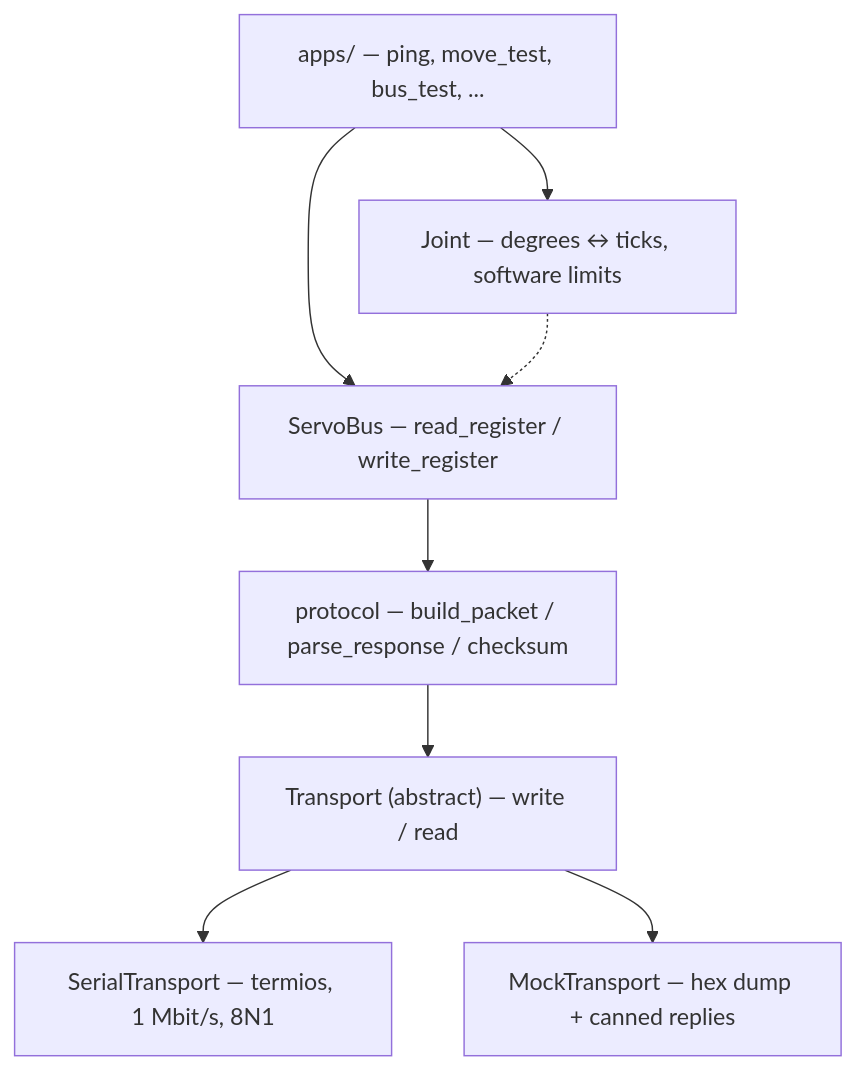
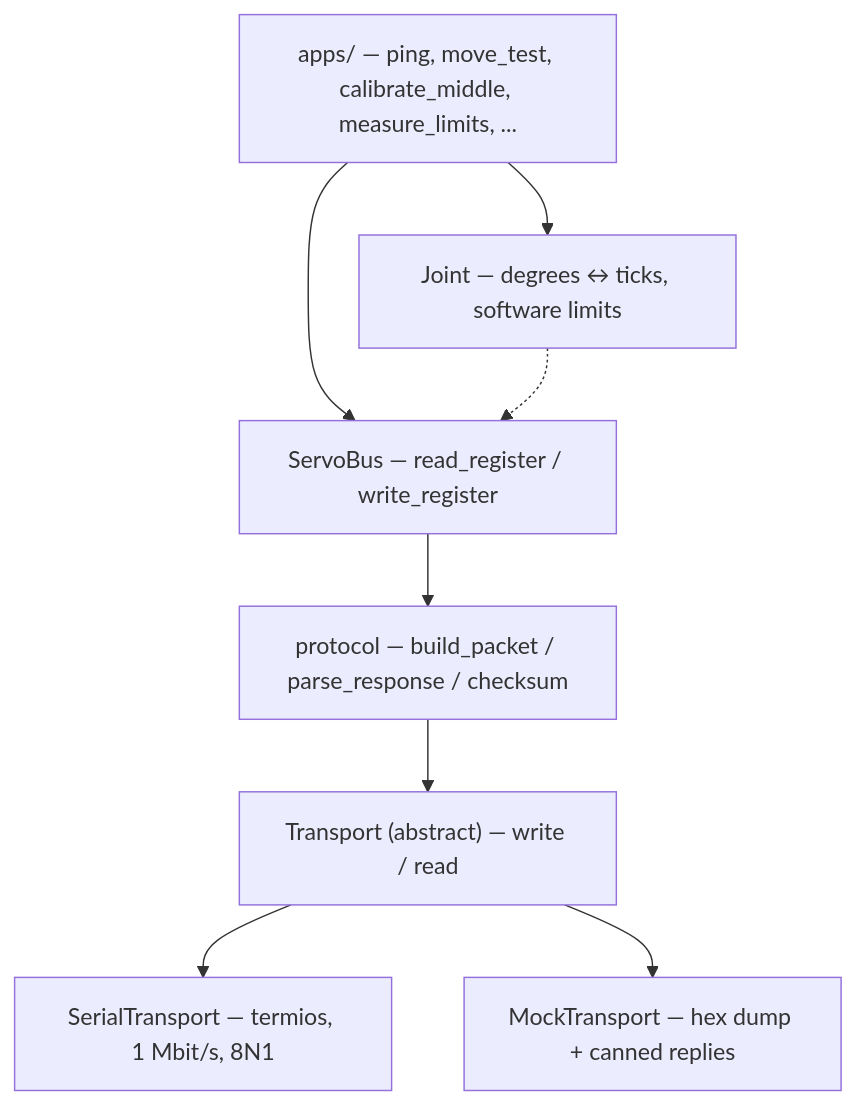
The diagram in README.md (knaakotto-tech/robotarm), drawn with Mermaid before and after one commit. The commit also changed other lines of this file, not shown here.

````diff
--- a/README.md
+++ b/README.md
@@ -32,10 +30,10 @@
 ```mermaid
 flowchart TD
-    A["apps/ — ping, move_test, bus_test, ..."] --> B["Joint — degrees ↔ ticks, software limits"]
+    A["apps/ — ping, move_test, calibrate_middle, measure_limits, ..."] --> B["Joint — degrees ↔ ticks, software limits"]
     A --> C["ServoBus — read_register / write_register"]
     B -.-> C
     C --> D["protocol — build_packet / parse_response / checksum"]
     D --> E["Transport (abstract) — write / read"]
     E --> F["SerialTransport — termios, 1 Mbit/s, 8N1"]
     E --> G["MockTransport — hex dump + canned replies"]
 ```
````
